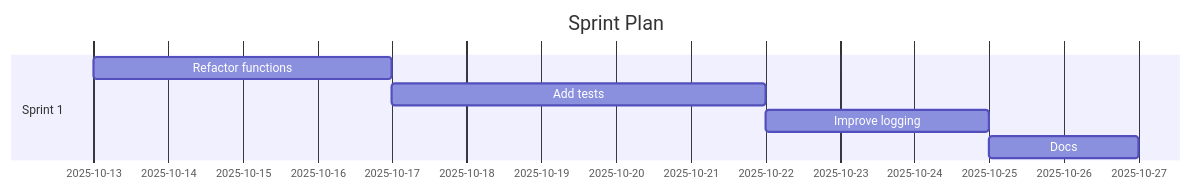
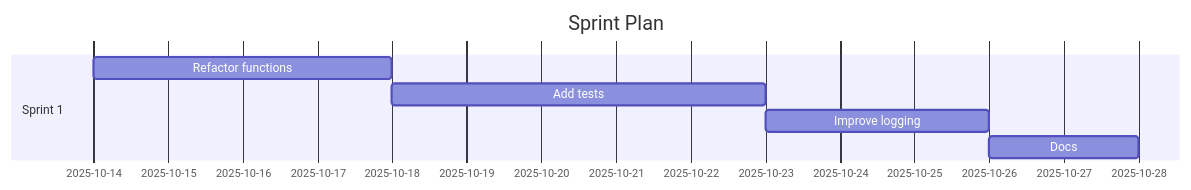
The diagram in demos/demo-code-analysis.sprint.md (Anselmoo/mcp-ai-agent-guidelines), drawn with Mermaid before and after one commit. The commit also changed other lines of this file and 11 other files, not shown here.

````diff
--- a/demos/demo-code-analysis.sprint.md
+++ b/demos/demo-code-analysis.sprint.md
@@ -59,11 +59,11 @@
 ```mermaid
 gantt
 	dateFormat  YYYY-MM-DD
 	title Sprint Plan
 %% Accessibility: Title=Project Sprint Plan; Description=Gantt chart of sprints and tasks over time. %%
   section Sprint 1
-  Refactor functions :s1t0, 2025-10-13, 4d
-  Add tests :s1t1, 2025-10-17, 5d
-  Improve logging :s1t2, 2025-10-22, 3d
-  Docs :s1t3, 2025-10-25, 2d
+  Refactor functions :s1t0, 2025-10-14, 4d
+  Add tests :s1t1, 2025-10-18, 5d
+  Improve logging :s1t2, 2025-10-23, 3d
+  Docs :s1t3, 2025-10-26, 2d
 ```
````
